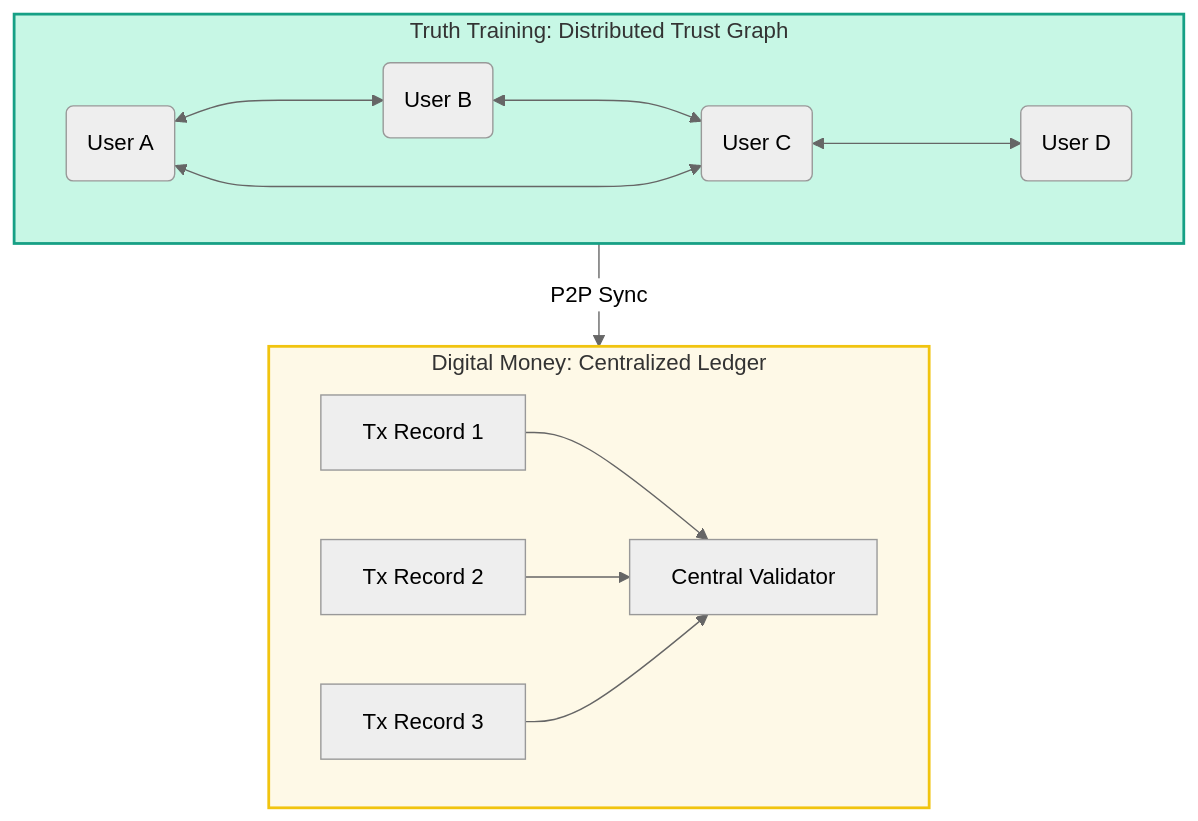
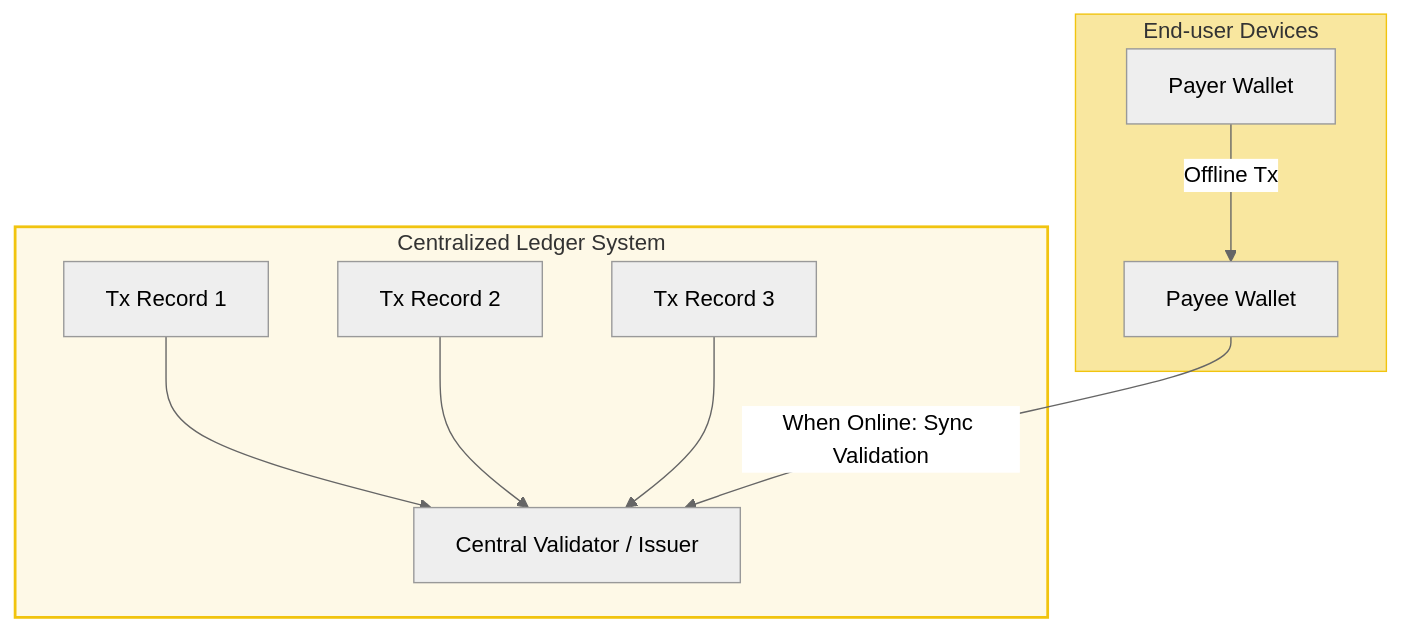
The second of 2 diagrams in spec/17--offline-reliability.md (ekwator/truth-training), drawn with Mermaid (neutral theme) before and after one commit. The commit also changed other lines of this file, not shown here.

Commit message:
correct Comparative Diagram: Trust Graph vs Digital Money

````diff
--- a/spec/17--offline-reliability.md
+++ b/spec/17--offline-reliability.md
@@ -157,27 +163,22 @@
 ```mermaid
 flowchart TD
-    subgraph TruthTraining["Truth Training: Distributed Trust Graph"]
-        nodeA(User A)
-        nodeB(User B)
-        nodeC(User C)
-        nodeD(User D)
-        nodeA <---> nodeB
-        nodeB <---> nodeC
-        nodeC <---> nodeD
-        nodeA <---> nodeC
-        style TruthTraining fill:#c7f7e5,stroke:#16a085,stroke-width:2px
+    subgraph Wallets["End-user Devices"]
+        A["Payer Wallet"]
+        B["Payee Wallet"]
+        A -->|Offline Tx| B
+        style Wallets fill:#f9e79f,stroke:#f1c40f,stroke-width:1px
     end
 
-    subgraph DigitalMoney["Digital Money: Centralized Ledger"]
+    subgraph Ledger["Centralized Ledger System"]
         tx1["Tx Record 1"]
         tx2["Tx Record 2"]
         tx3["Tx Record 3"]
-        central["Central Validator"]
+        central["Central Validator / Issuer"]
         tx1 --> central
         tx2 --> central
         tx3 --> central
-        style DigitalMoney fill:#fef9e7,stroke:#f1c40f,stroke-width:2px
+        style Ledger fill:#fef9e7,stroke:#f1c40f,stroke-width:2px
     end
 
-    TruthTraining -->|P2P Sync| DigitalMoney
+    B -->|When Online: Sync Validation| central
 ```
````
